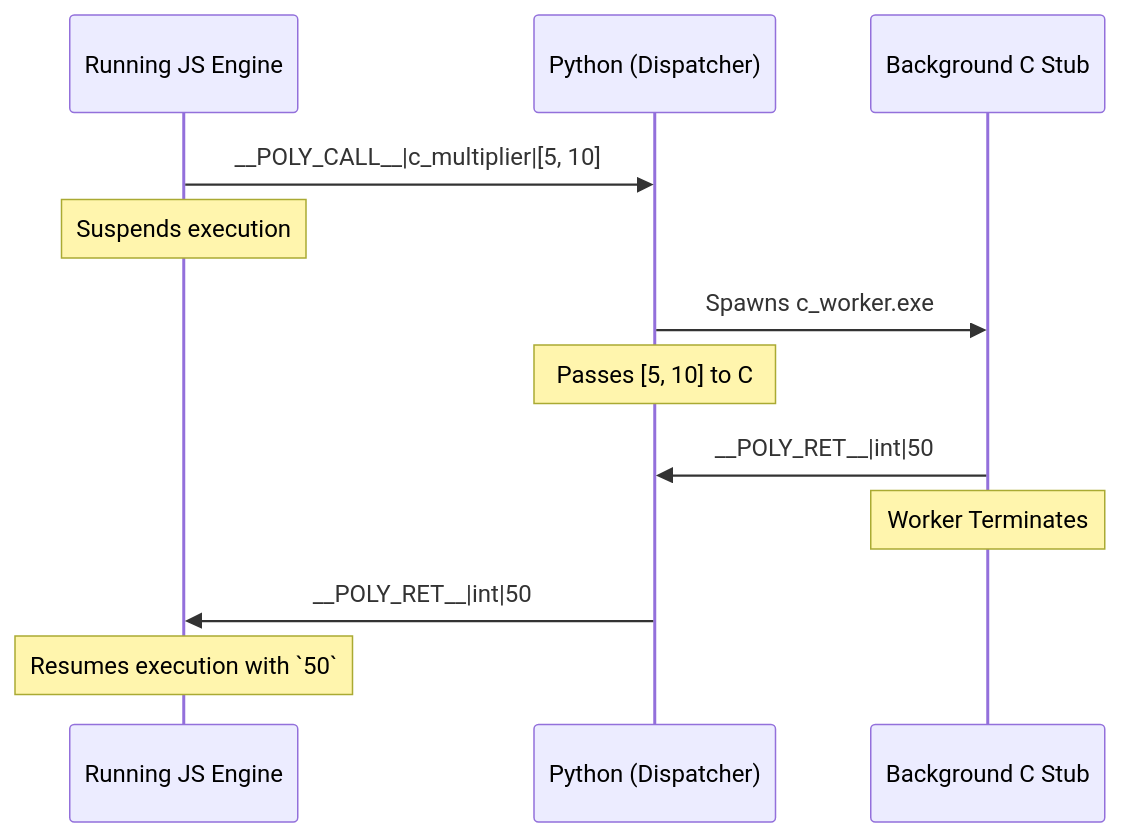
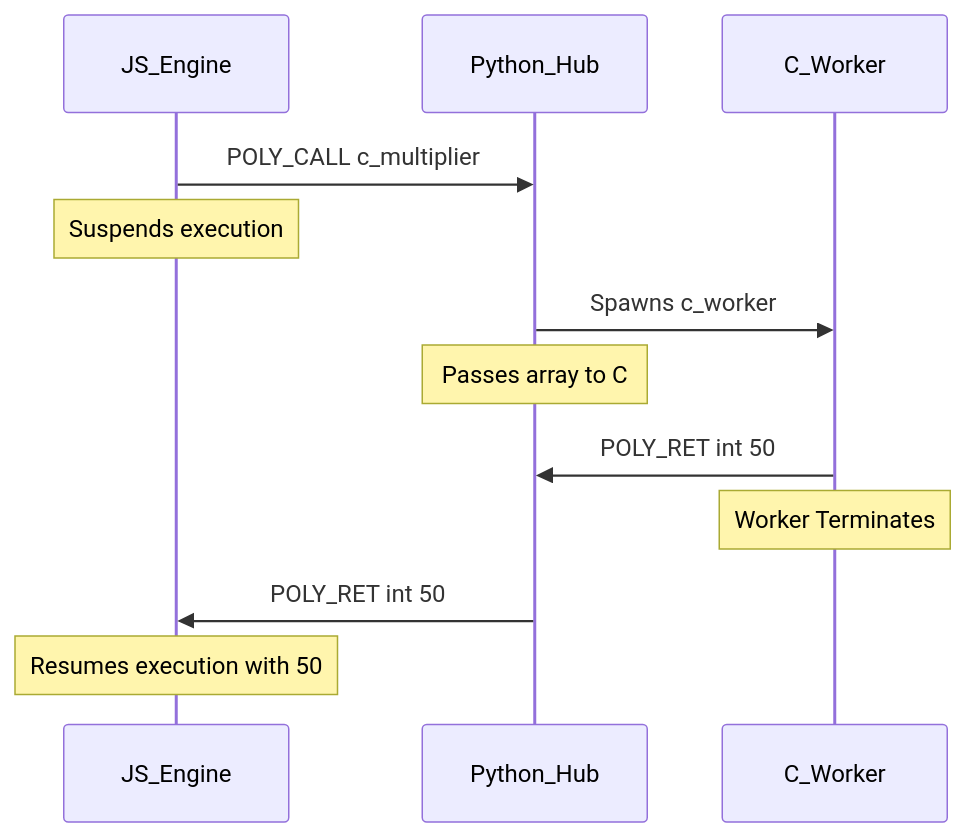
Before and after one commit to gSIREESH24/PNI: the fourth of 6 diagrams in ARCHITECTURE.md, drawn with Mermaid. The commit also changed other lines of this file, not shown here.

````diff
--- a/ARCHITECTURE.md
+++ b/ARCHITECTURE.md
@@ -87,18 +87,18 @@
 ```mermaid
 sequenceDiagram
-    participant JS as Running JS Engine
-    participant Python as Python (Dispatcher)
-    participant CWorker as Background C Stub
+    participant JS_Engine
+    participant Python_Hub
+    participant C_Worker
 
-    JS->>Python: __POLY_CALL__|c_multiplier|[5, 10]
-    Note over JS: Suspends execution
+    JS_Engine->>Python_Hub: POLY_CALL c_multiplier
+    Note over JS_Engine: Suspends execution
     
-    Python->>CWorker: Spawns c_worker.exe
-    Note over Python: Passes [5, 10] to C
+    Python_Hub->>C_Worker: Spawns c_worker
+    Note over Python_Hub: Passes array to C
     
-    CWorker->>Python: __POLY_RET__|int|50
-    Note over CWorker: Worker Terminates
+    C_Worker->>Python_Hub: POLY_RET int 50
+    Note over C_Worker: Worker Terminates
     
-    Python->>JS: __POLY_RET__|int|50
-    Note over JS: Resumes execution with `50`
+    Python_Hub->>JS_Engine: POLY_RET int 50
+    Note over JS_Engine: Resumes execution with 50
 ```
````
